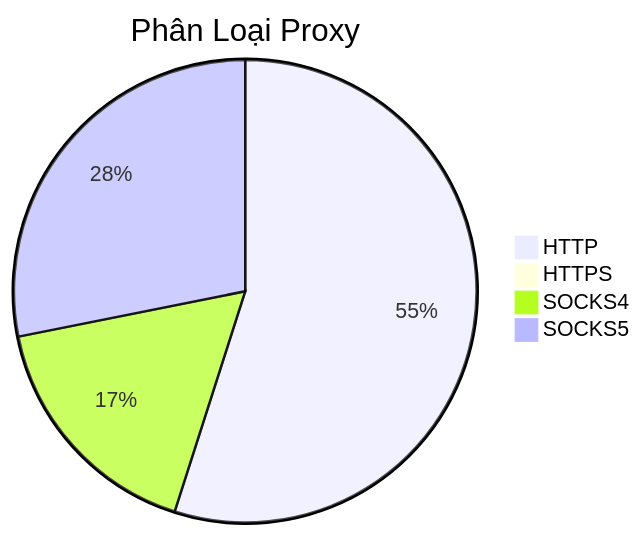
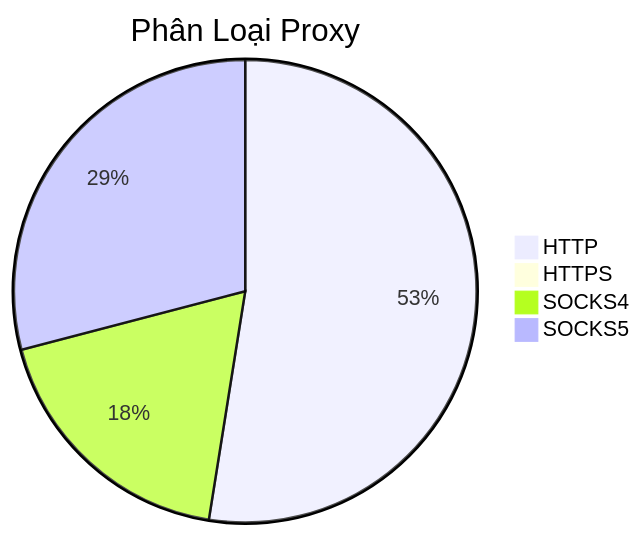
Before and after one commit to Ciara-12/PROXY-free: the diagram in README.md, drawn with Mermaid. The commit also changed other lines of this file and 3 other files, not shown here.

````diff
--- a/README.md
+++ b/README.md
@@ -26,7 +26,7 @@
 ```mermaid
 pie title Phân Loại Proxy
-    "HTTP" : 607
+    "HTTP" : 522
     "HTTPS" : 0
-    "SOCKS4" : 187
-    "SOCKS5" : 311
+    "SOCKS4" : 183
+    "SOCKS5" : 289
 ```
````
